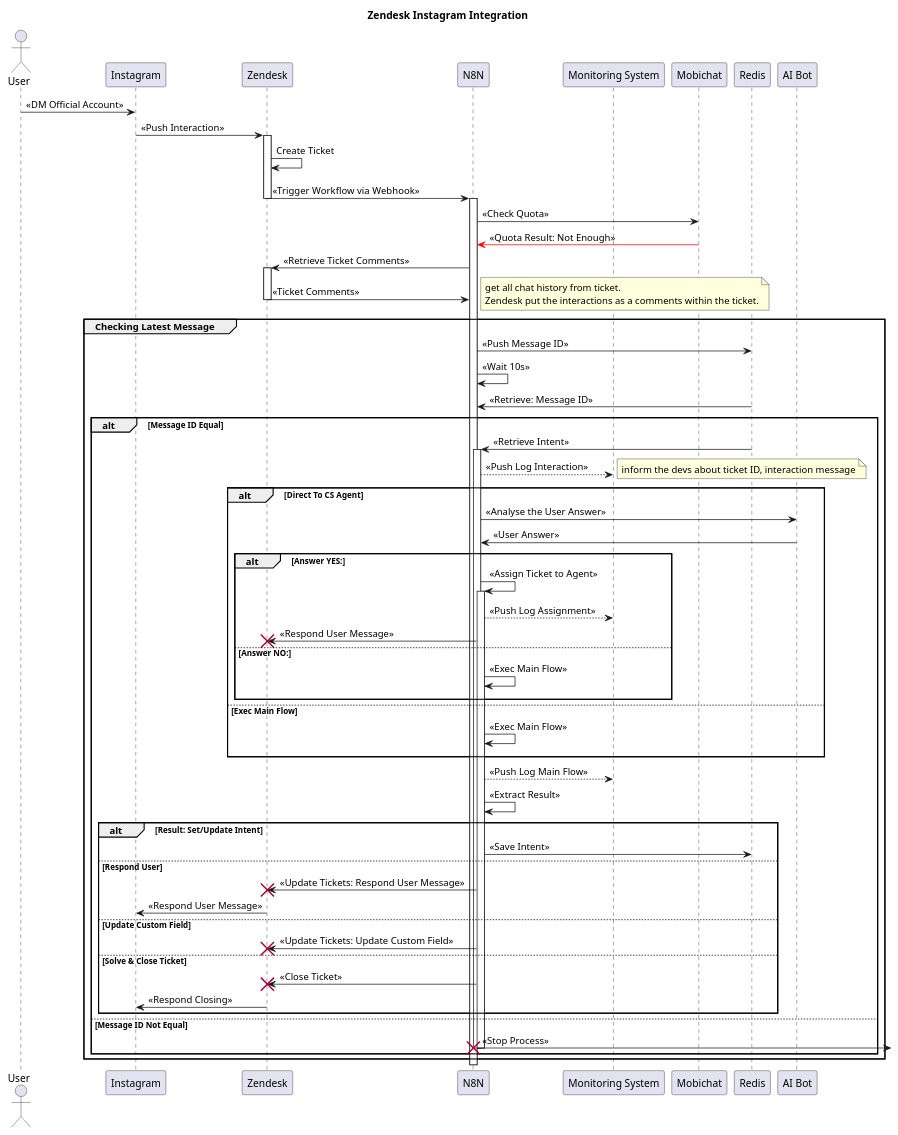
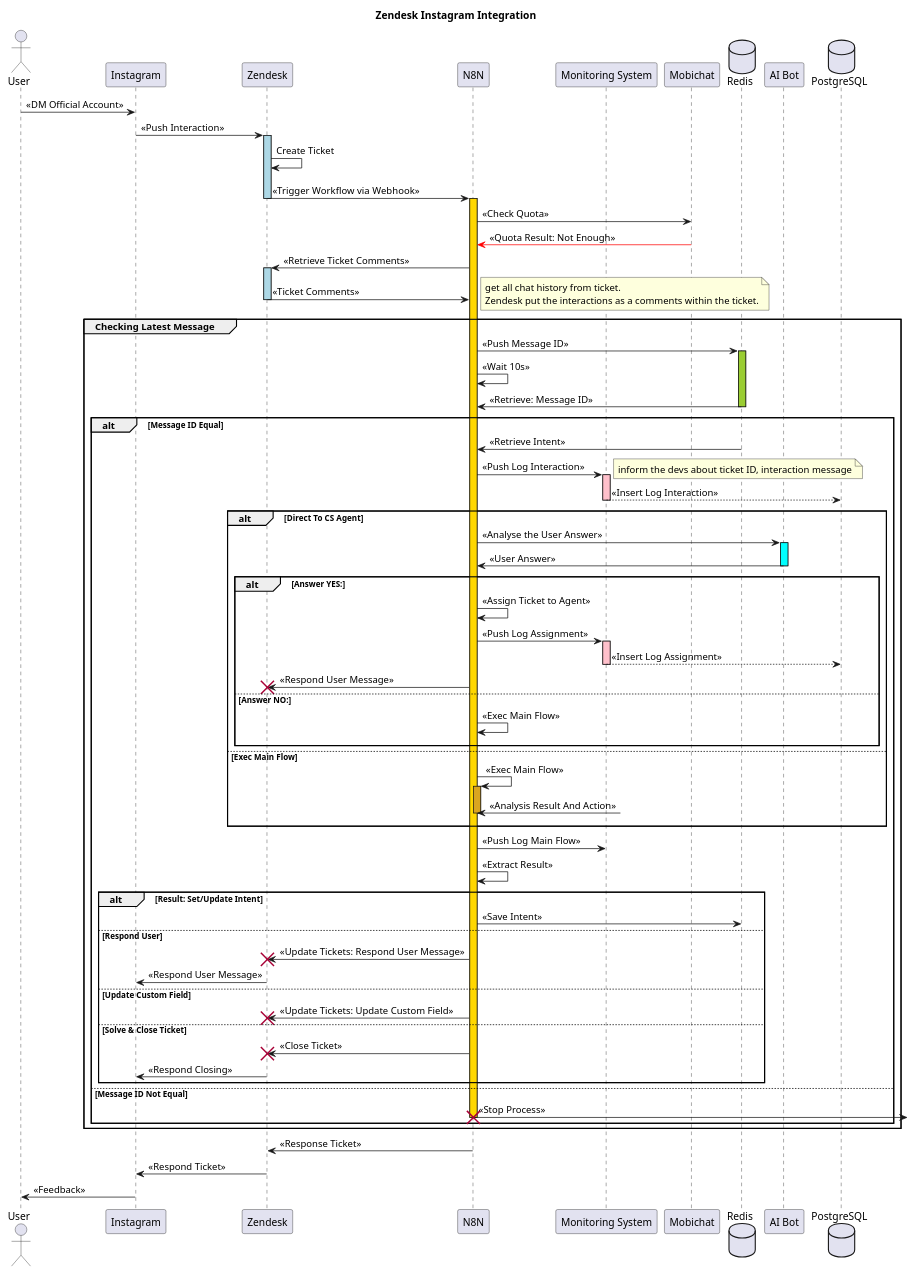
The diagram in mobigpt/kopken/zendesk-instagram.puml (kcchandra-w6/system-design), drawn with PlantUML before and after one commit. The commit also changed 8 other files, not shown here.

Commit message:
feat(kopken): add new UML diagrams for Zendesk workflows including auto-close, CSAT, Google review classification, retry mechanism, and WhatsApp integration

```diff
--- a/mobigpt/kopken/zendesk-instagram.puml
+++ b/mobigpt/kopken/zendesk-instagram.puml
@@ -1,92 +1,123 @@
 @startuml zendesk-instagram-integration
 
 title Zendesk Instagram Integration
 
 actor "User" as user
 participant "Instagram" as instagram
 participant "Zendesk" as zendesk
 participant "N8N" as n8n
 participant "Monitoring System" as monitoring
 participant "Mobichat" as mobichat
-participant "Redis" as redis
+database "Redis" as redis
 participant "AI Bot" as bot
+database "PostgreSQL" as db
 
 
 user -> instagram: << DM Official Account >>
 
-instagram -> zendesk ++: << Push Interaction >>
+instagram -> zendesk: << Push Interaction >>
+activate zendesk #LightBlue
 
 zendesk -> zendesk: Create Ticket
 ||10||
-zendesk -> n8n --++: << Trigger Workflow via Webhook >>
+zendesk -> n8n: << Trigger Workflow via Webhook >>
+deactivate zendesk #LightBlue
+activate n8n #Gold
 
 n8n -> mobichat: << Check Quota >>
 n8n <[#red]- mobichat: << Quota Result: Not Enough >>
 
-n8n -> zendesk ++: << Retrieve Ticket Comments >>
-zendesk -> n8n --: << Ticket Comments >>
+n8n -> zendesk: << Retrieve Ticket Comments >>
+activate zendesk #LightBlue
+zendesk -> n8n: << Ticket Comments >>
+deactivate zendesk #LightBlue
     note right
         get all chat history from ticket.
         Zendesk put the interactions as a comments within the ticket.
     end note
 
 group Checking Latest Message
     n8n -> redis: << Push Message ID >>
+    activate redis #YellowGreen
     n8n -> n8n: << Wait 10s >>
     n8n <- redis: << Retrieve: Message ID >>
+    deactivate redis #YellowGreen
     alt Message ID Equal
-        n8n <- redis ++: << Retrieve Intent >>
+        n8n <- redis: << Retrieve Intent >>
 
-        n8n --> monitoring: << Push Log Interaction >>
+        n8n -> monitoring: << Push Log Interaction >>
+        activate monitoring #Pink
             note right
                 inform the devs about ticket ID, interaction message
             end note
+        
+        monitoring --> db: << Insert Log Interaction >>
+        deactivate monitoring #Pink
 
         alt Direct To CS Agent
             n8n -> bot:  << Analyse the User Answer >>
+            activate bot #Aqua
             bot -> n8n: << User Answer >>
+            deactivate bot #Aqua
             
             alt Answer YES:
-                n8n -> n8n ++: << Assign Ticket to Agent >>
-                n8n --> monitoring: << Push Log Assignment >>
+                n8n -> n8n: << Assign Ticket to Agent >>
+
+                n8n -> monitoring: << Push Log Assignment >>
+                activate monitoring #Pink
+
+                monitoring --> db: << Insert Log Assignment >>
+                deactivate monitoring #Pink
+
                 n8n -> zendesk: << Respond User Message >>
                 destroy zendesk
             else Answer NO:
                 n8n -> n8n: << Exec Main Flow >>
                 ||10||
             end
 
         else Exec Main Flow
             n8n -> n8n: << Exec Main Flow >>
+            activate n8n #GoldenRod
+
+            n8n <-?: << Analysis Result And Action >>
+            deactivate n8n
             ||10||
         end
 
-        n8n --> monitoring: << Push Log Main Flow >>
+        n8n -> monitoring: << Push Log Main Flow >>
+
         n8n -> n8n: << Extract Result >>
 
         alt Result: Set/Update Intent
             n8n -> redis: << Save Intent >>
 
         else Respond User
             n8n -> zendesk: << Update Tickets: Respond User Message >>
             destroy zendesk
             zendesk -> instagram: << Respond User Message >>
 
         else Update Custom Field
             n8n -> zendesk: << Update Tickets: Update Custom Field >>
             destroy zendesk
 
         else Solve & Close Ticket
             n8n -> zendesk: << Close Ticket >>
             destroy zendesk
 
             zendesk -> instagram: << Respond Closing >>
         end
         
     else Message ID Not Equal
-        n8n ->] --: << Stop Process >>
+        n8n ->] : << Stop Process >>
         destroy n8n
     end
 end
 
+n8n -> zendesk: << Response Ticket >>
+
+zendesk -> instagram: << Respond Ticket >>
+
+instagram -> user: << Feedback >>
+
 @enduml
```
